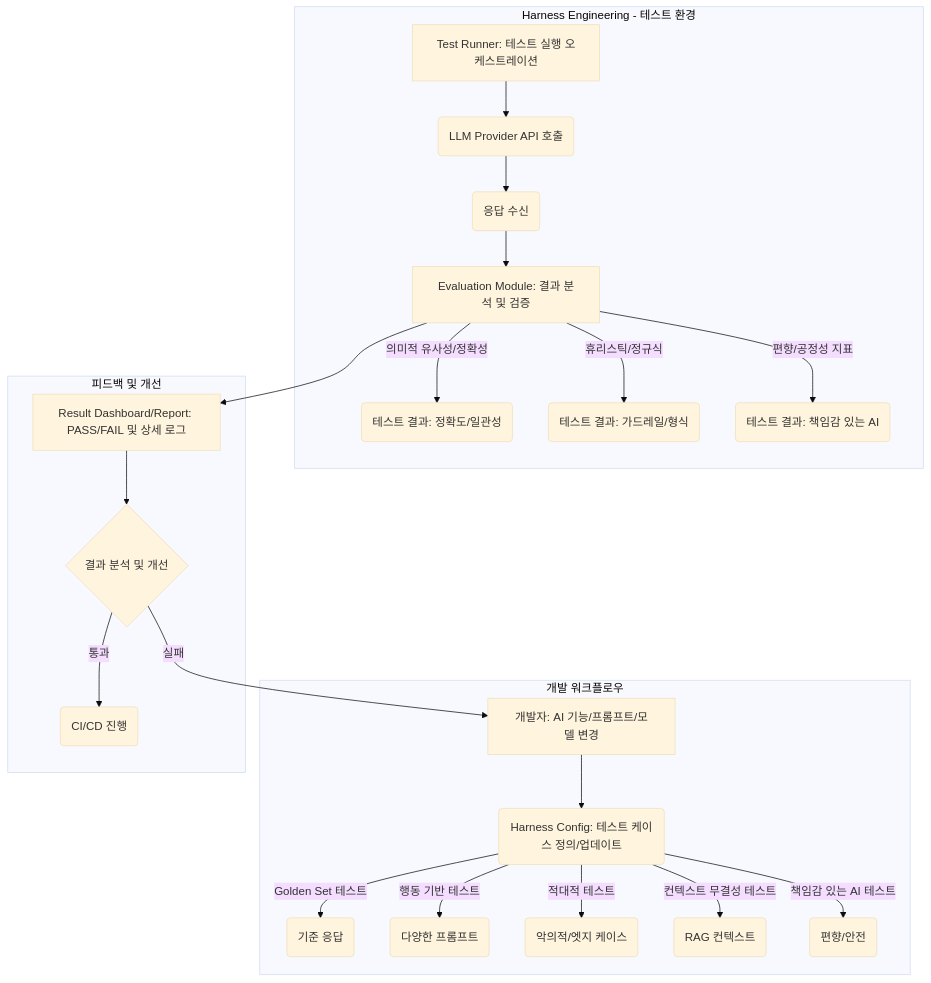
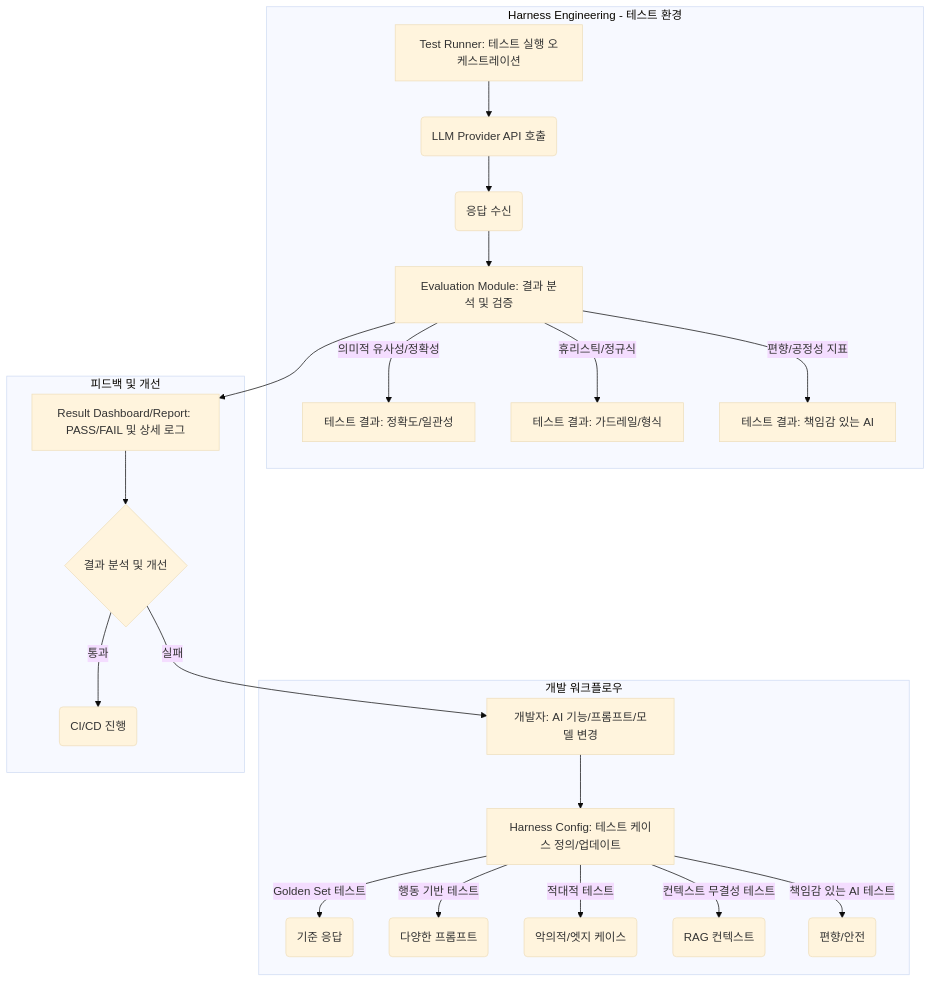
One commit to Mino777/ai-study changed the diagram in content/harness-engineering/ai-testing-strategies.mdx. Above: the diagram before and after it, drawn with Mermaid (base theme). The commit also changed 30 other files, not shown here.

First line of the commit message:
fix: Mermaid 렌더링 에러 42건 수정 + mermaid-fix.mjs 규칙 4개 추가

````diff
--- a/content/harness-engineering/ai-testing-strategies.mdx
+++ b/content/harness-engineering/ai-testing-strategies.mdx
@@ -588,29 +588,29 @@
 ```mermaid
 graph TD
     subgraph DEV ["개발 워크플로우"]
-        A["개발자: AI 기능/프롬프트/모델 변경"] --> B(Harness Config: 테스트 케이스 정의/업데이트);
+        A["개발자: AI 기능/프롬프트/모델 변경"] --> B["Harness Config: 테스트 케이스 정의/업데이트"];
         B -- Golden Set 테스트 --> B1(기준 응답);
         B -- 행동 기반 테스트 --> B2(다양한 프롬프트);
         B -- 적대적 테스트 --> B3(악의적/엣지 케이스);
         B -- 컨텍스트 무결성 테스트 --> B4(RAG 컨텍스트);
         B -- 책임감 있는 AI 테스트 --> B5(편향/안전);
     end
 
     subgraph HE ["Harness Engineering - 테스트 환경"]
         C["Test Runner: 테스트 실행 오케스트레이션"];
         C --> D(LLM Provider API 호출);
         D --> E(응답 수신);
         E --> F["Evaluation Module: 결과 분석 및 검증"];
-        F -- 의미적 유사성/정확성 --> G(테스트 결과: 정확도/일관성);
-        F -- 휴리스틱/정규식 --> H(테스트 결과: 가드레일/형식);
-        F -- 편향/공정성 지표 --> I(테스트 결과: 책임감 있는 AI);
+        F -- 의미적 유사성/정확성 --> G["테스트 결과: 정확도/일관성"];
+        F -- 휴리스틱/정규식 --> H["테스트 결과: 가드레일/형식"];
+        F -- 편향/공정성 지표 --> I["테스트 결과: 책임감 있는 AI"];
     end
 
     subgraph FB ["피드백 및 개선"]
         J["Result Dashboard/Report: PASS/FAIL 및 상세 로그"];
         F --> J;
         J --> K{결과 분석 및 개선};
         K -- 통과 --> L(CI/CD 진행);
         K -- 실패 --> A;
     end
 ```
````
